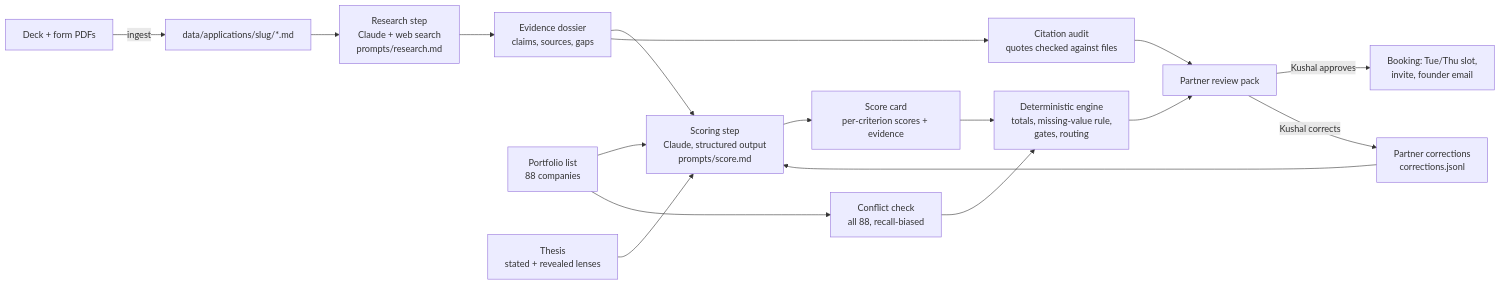
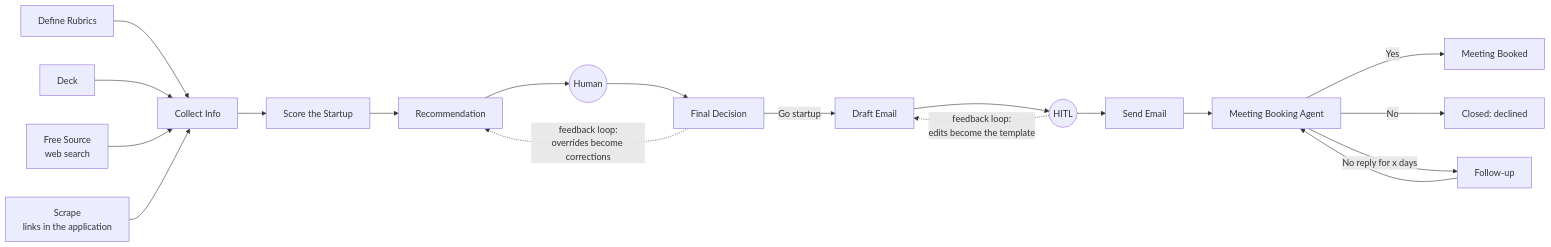
The diagram in README.md (amitharaog/All-In-Capital), drawn with Mermaid before and after one commit. The commit also changed other lines of this file and 53 other files, not shown here.

````diff
--- a/README.md
+++ b/README.md
@@ -25,19 +22,15 @@
 ```mermaid
 flowchart LR
-  A[Deck + form PDFs] -->|ingest| B[data/applications/slug/*.md]
-  B --> C[Research step<br/>Claude + web search<br/>prompts/research.md]
-  C --> D[Evidence dossier<br/>claims, sources, gaps]
-  D --> E[Scoring step<br/>Claude, structured output<br/>prompts/score.md]
-  P[Portfolio list<br/>88 companies] --> E
-  K[Partner corrections<br/>corrections.jsonl] --> E
-  T[Thesis<br/>stated + revealed lenses] --> E
-  E --> F[Score card<br/>per-criterion scores + evidence]
-  F --> G[Deterministic engine<br/>totals, missing-value rule,<br/>gates, routing]
-  P --> H[Conflict check<br/>all 88, recall-biased]
-  H --> G
-  D --> I[Citation audit<br/>quotes checked against files]
-  G --> R[Partner review pack]
-  I --> R
-  R -->|Kushal approves| S[Booking: Tue/Thu slot,<br/>invite, founder email]
-  R -->|Kushal corrects| K
+  R[Define Rubrics] --> C[Collect Info]
+  D[Deck] --> C
+  F[Free Source<br/>web search] --> C
+  S[Scrape<br/>links in the application] --> C
+  C --> SC[Score the Startup] --> REC[Recommendation] --> H1((Human)) --> FD[Final Decision]
+  FD -. feedback loop:<br/>overrides become corrections .-> REC
+  FD -- Go startup --> DE[Draft Email] --> H2((HITL)) --> SE[Send Email]
+  H2 -. feedback loop:<br/>edits become the template .-> DE
+  SE --> MBA[Meeting Booking Agent]
+  MBA -- Yes --> MB[Meeting Booked]
+  MBA -- No --> X[Closed: declined]
+  MBA -- No reply for x days --> FU[Follow-up] --> MBA
 ```
````
